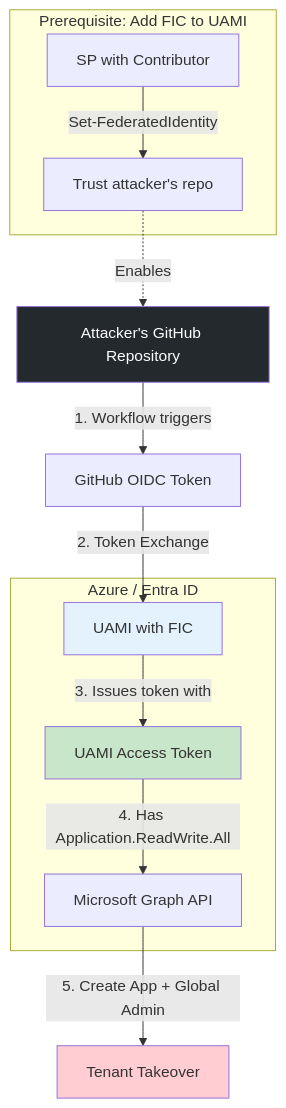
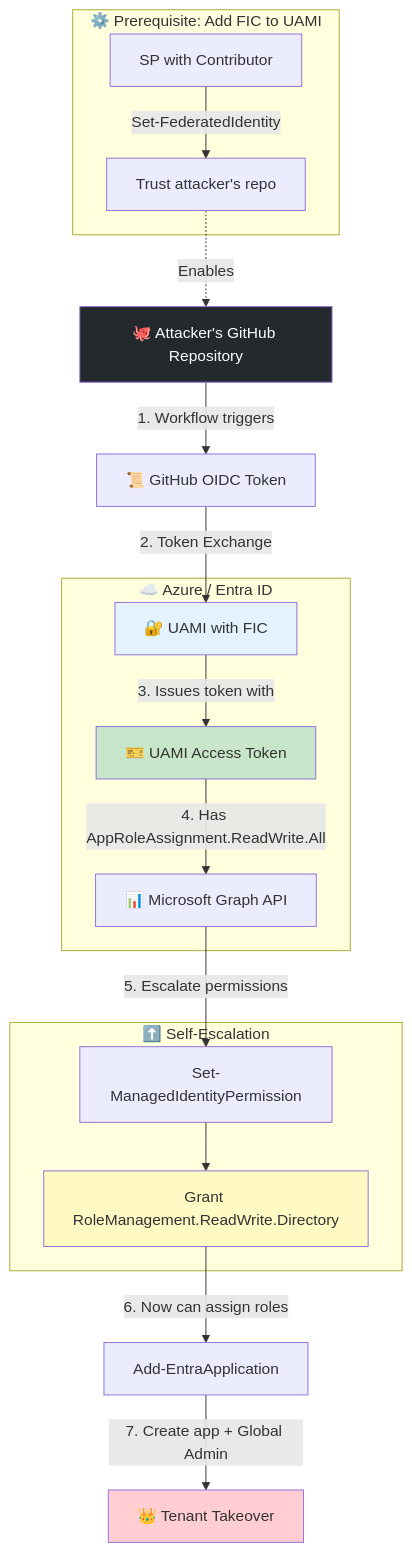
One commit to azurekid/mc2-connect changed the fifth of 7 diagrams in README.md. Above: the diagram before and after it, drawn with Mermaid. The commit also changed other lines of this file, not shown here.

````diff
--- a/README.md
+++ b/README.md
@@ -384,26 +614,36 @@
 ```mermaid
 flowchart TD
-    A[Attacker's GitHub Repository] -->|1. Workflow triggers| B[GitHub OIDC Token]
+    A[🐙 Attacker's GitHub Repository] -->|1. Workflow triggers| B[📜 GitHub OIDC Token]
     
-    subgraph Azure["Azure / Entra ID"]
-        C[UAMI with FIC]
-        D[UAMI Access Token]
-        E[Microsoft Graph API]
+    subgraph Azure["☁️ Azure / Entra ID"]
+        C[🔐 UAMI with FIC]
+        D[🎫 UAMI Access Token]
+        E[📊 Microsoft Graph API]
     end
     
     B -->|2. Token Exchange| C
     C -->|3. Issues token with| D
-    D -->|4. Has Application.ReadWrite.All| E
-    E -->|5. Create App + Global Admin| F[Tenant Takeover]
+    D -->|4. Has AppRoleAssignment.ReadWrite.All| E
+    
+    subgraph Escalation["⬆️ Self-Escalation"]
+        S1[Set-ManagedIdentityPermission]
+        S2[Grant RoleManagement.ReadWrite.Directory]
+    end
+    
+    E -->|5. Escalate permissions| S1
+    S1 --> S2
+    S2 -->|6. Now can assign roles| F[Add-EntraApplication]
+    F -->|7. Create app + Global Admin| G[👑 Tenant Takeover]
 
-    subgraph Prerequisite["Prerequisite: Add FIC to UAMI"]
+    subgraph Prerequisite["⚙️ Prerequisite: Add FIC to UAMI"]
         P1[SP with Contributor] -->|Set-FederatedIdentity| P2[Trust attacker's repo]
     end
 
     P2 -.->|Enables| A
 
     style A fill:#24292e,color:#fff
-    style F fill:#ffcdd2
+    style G fill:#ffcdd2
     style C fill:#e3f2fd
     style D fill:#c8e6c9
+    style S2 fill:#fff9c4
 ```
````
